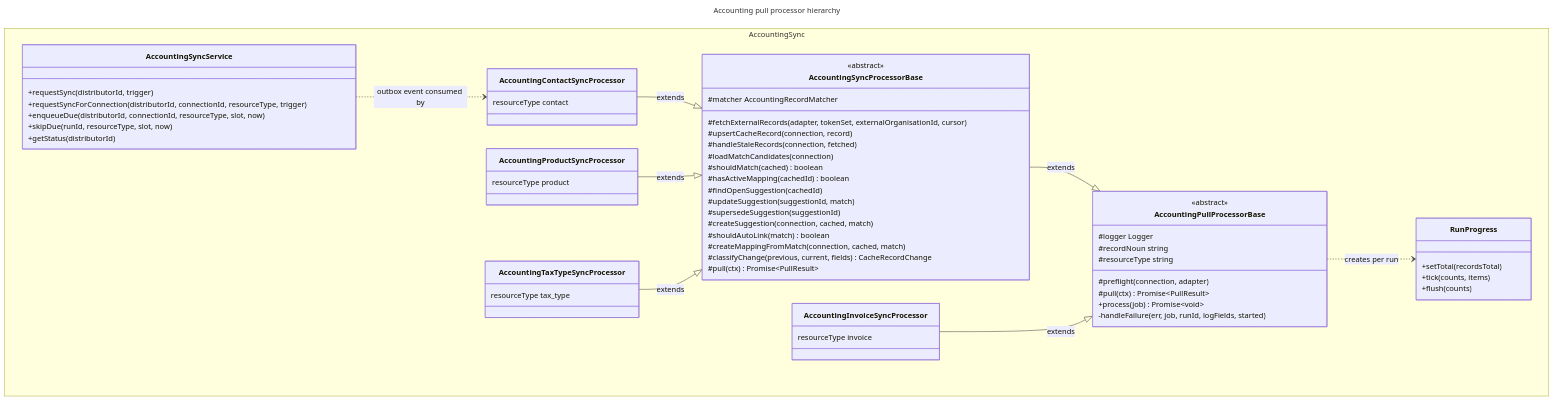
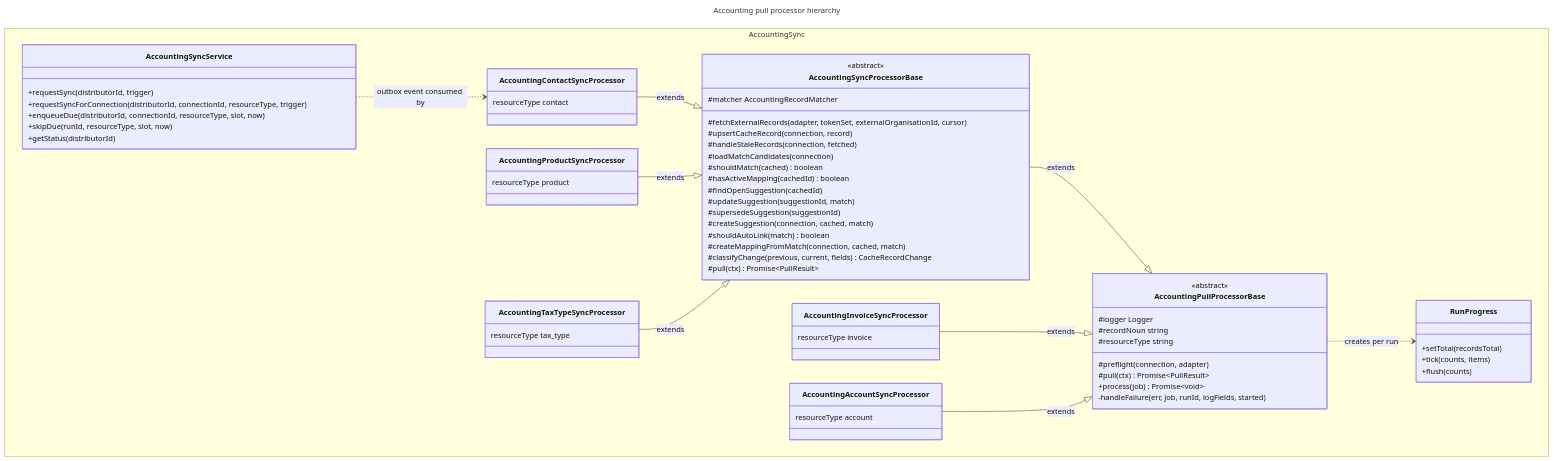
Before and after one commit to listentorick/wholo: the diagram in docs/architecture/code/c4-code-accounting-sync.md, drawn with Mermaid. The commit also changed other lines of this file and 47 other files, not shown here.

First line of the commit message:
feat(accounting): default sales account for exported invoices (ADR-079)

````diff
--- a/docs/architecture/code/c4-code-accounting-sync.md
+++ b/docs/architecture/code/c4-code-accounting-sync.md
@@ -180,68 +181,72 @@
 ```mermaid
 ---
 title: Accounting pull processor hierarchy
 ---
 classDiagram
     namespace AccountingSync {
         class AccountingPullProcessorBase {
             <<abstract>>
             #logger Logger
             #recordNoun string
             #resourceType string
             #preflight(connection, adapter)
             #pull(ctx) Promise~PullResult~
             +process(job) Promise~void~
             -handleFailure(err, job, runId, logFields, started)
         }
         class AccountingSyncProcessorBase {
             <<abstract>>
             #matcher AccountingRecordMatcher
             #fetchExternalRecords(adapter, tokenSet, externalOrganisationId, cursor)
             #upsertCacheRecord(connection, record)
             #handleStaleRecords(connection, fetched)
             #loadMatchCandidates(connection)
             #shouldMatch(cached) boolean
             #hasActiveMapping(cachedId) boolean
             #findOpenSuggestion(cachedId)
             #updateSuggestion(suggestionId, match)
             #supersedeSuggestion(suggestionId)
             #createSuggestion(connection, cached, match)
             #shouldAutoLink(match) boolean
             #createMappingFromMatch(connection, cached, match)
             #classifyChange(previous, current, fields) CacheRecordChange
             #pull(ctx) Promise~PullResult~
         }
         class RunProgress {
             +setTotal(recordsTotal)
             +tick(counts, items)
             +flush(counts)
         }
         class AccountingSyncService {
             +requestSync(distributorId, trigger)
             +requestSyncForConnection(distributorId, connectionId, resourceType, trigger)
             +enqueueDue(distributorId, connectionId, resourceType, slot, now)
             +skipDue(runId, resourceType, slot, now)
             +getStatus(distributorId)
         }
         class AccountingContactSyncProcessor {
             resourceType contact
         }
         class AccountingProductSyncProcessor {
             resourceType product
         }
         class AccountingTaxTypeSyncProcessor {
             resourceType tax_type
         }
         class AccountingInvoiceSyncProcessor {
             resourceType invoice
         }
+        class AccountingAccountSyncProcessor {
+            resourceType account
+        }
     }
 
     AccountingSyncProcessorBase --|> AccountingPullProcessorBase : extends
     AccountingContactSyncProcessor --|> AccountingSyncProcessorBase : extends
     AccountingProductSyncProcessor --|> AccountingSyncProcessorBase : extends
     AccountingTaxTypeSyncProcessor --|> AccountingSyncProcessorBase : extends
     AccountingInvoiceSyncProcessor --|> AccountingPullProcessorBase : extends
+    AccountingAccountSyncProcessor --|> AccountingPullProcessorBase : extends
     AccountingPullProcessorBase ..> RunProgress : creates per run
     AccountingSyncService ..> AccountingContactSyncProcessor : outbox event consumed by
 ```
````
